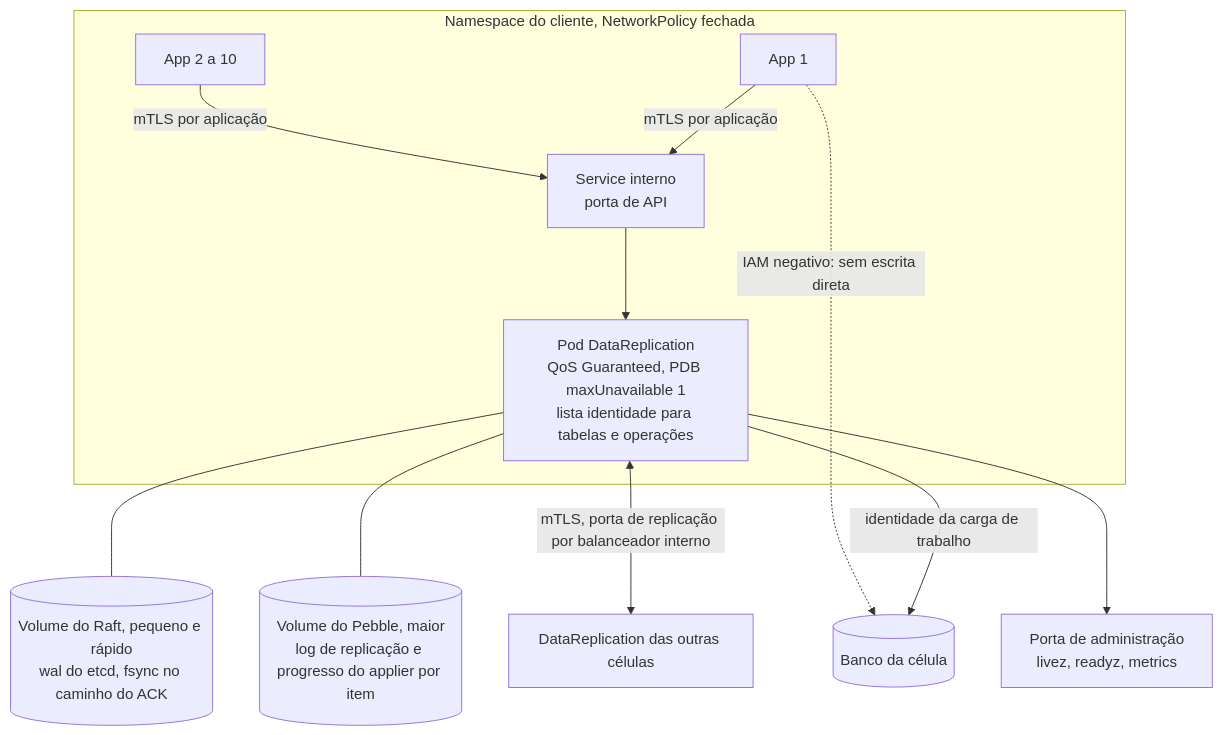
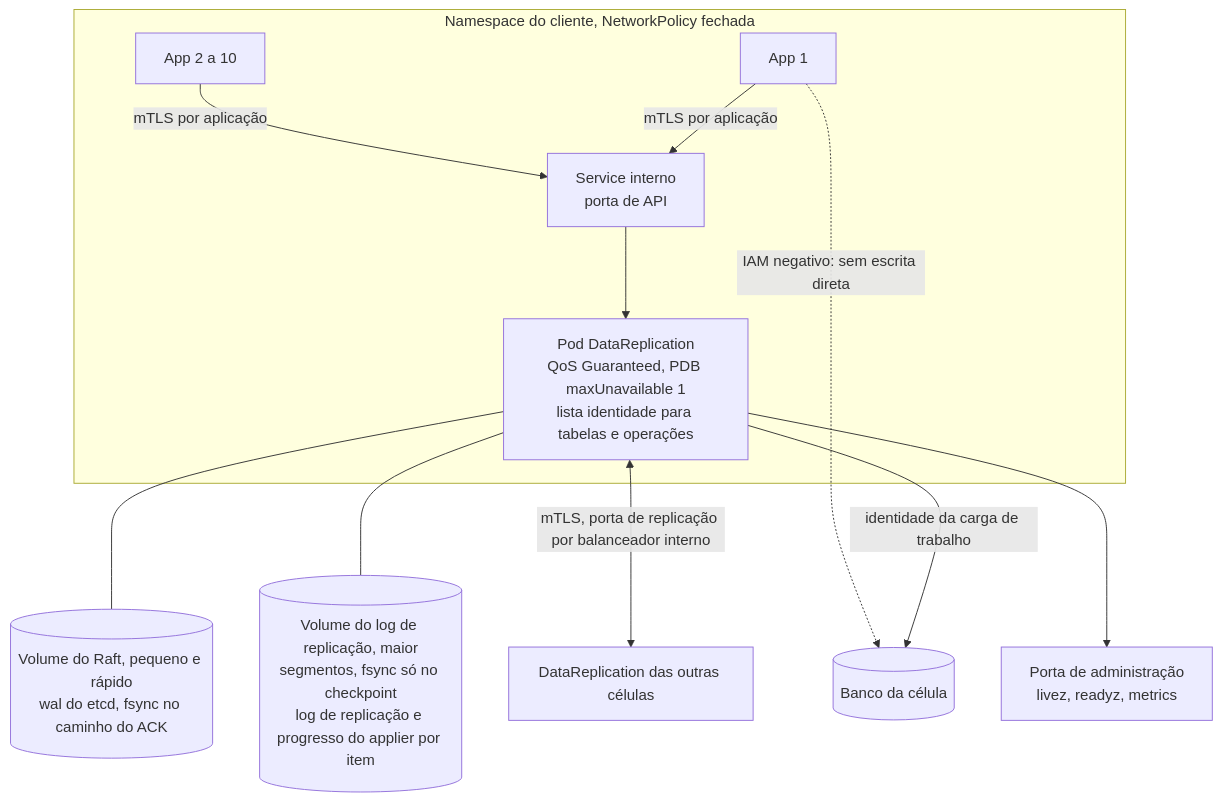
The diagram in 04_diagramas/D02-implantacao-da-celula.md (brbarmex/k), drawn with Mermaid before and after one commit. The commit also changed 40 other files, not shown here.

First line of the commit message:
Troca o Pebble por log de replicação segmentado (ADR-055) e implementa o fluxo no código de exemplo

````diff
--- a/04_diagramas/D02-implantacao-da-celula.md
+++ b/04_diagramas/D02-implantacao-da-celula.md
@@ -9,14 +9,14 @@
 ```mermaid
 flowchart TD
     subgraph NS["Namespace do cliente, NetworkPolicy fechada"]
         A1["App 1"] -->|"mTLS por aplicação"| SVC["Service interno<br/>porta de API"]
         A2["App 2 a 10"] -->|"mTLS por aplicação"| SVC
         SVC --> POD["Pod DataReplication<br/>QoS Guaranteed, PDB maxUnavailable 1<br/>lista identidade para tabelas e operações"]
     end
     POD --- VOL[("Volume do Raft, pequeno e rápido<br/>wal do etcd, fsync no caminho do ACK")]
-    POD --- VOLP[("Volume do Pebble, maior<br/>log de replicação e progresso do applier por item")]
+    POD --- VOLP[("Volume do log de replicação, maior<br/>segmentos, fsync só no checkpoint<br/>log de replicação e progresso do applier por item")]
     POD -->|"identidade da carga de trabalho"| DB[("Banco da célula")]
     POD <-->|"mTLS, porta de replicação por balanceador interno"| PEERS["DataReplication das outras células"]
     POD --> ADM["Porta de administração<br/>livez, readyz, metrics"]
     A1 -. "IAM negativo: sem escrita direta" .-> DB
 ```
````
